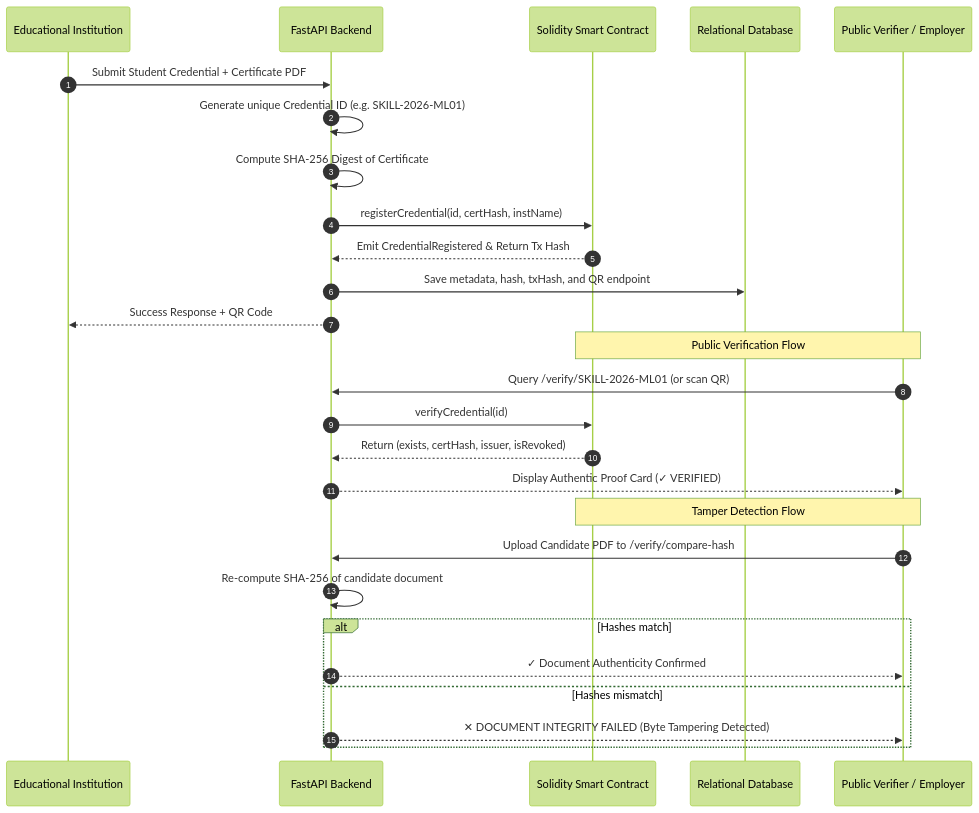
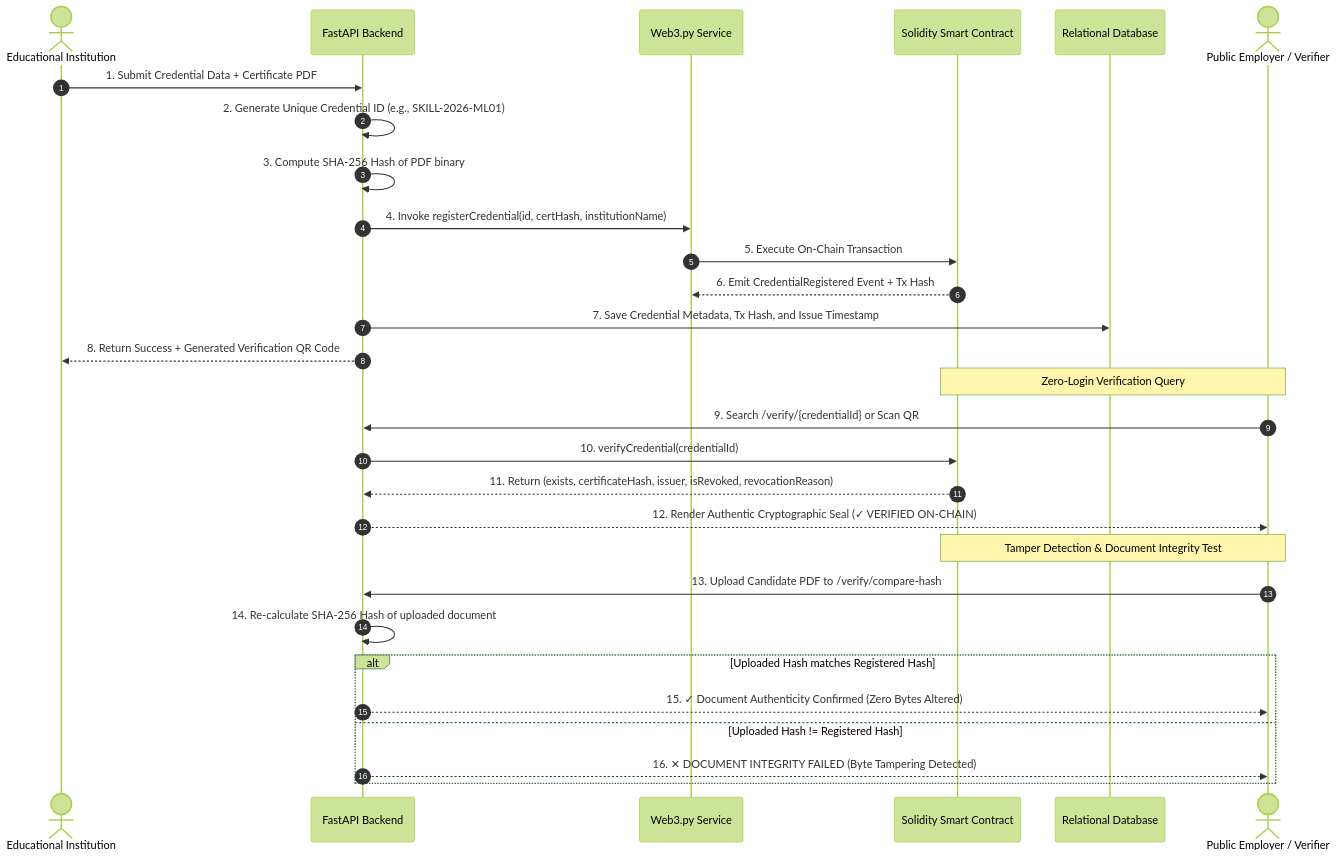
The second of 3 diagrams in README.md (adityasing9/SKILLCHAIN), drawn with Mermaid (forest theme) before and after one commit. The commit also changed other lines of this file, not shown here.

````diff
--- a/README.md
+++ b/README.md
@@ -50,32 +141,37 @@
 ```mermaid
 sequenceDiagram
     autonumber
-    participant Inst as Educational Institution
+    actor Issuer as Educational Institution
     participant API as FastAPI Backend
-    participant BC as Solidity Smart Contract
+    participant Web3 as Web3.py Service
+    participant Contract as Solidity Smart Contract
     participant DB as Relational Database
-    participant Ver as Public Verifier / Employer
+    actor Verifier as Public Employer / Verifier
 
-    Inst->>API: Submit Student Credential + Certificate PDF
-    API->>API: Generate unique Credential ID (e.g. SKILL-2026-ML01)
-    API->>API: Compute SHA-256 Digest of Certificate
-    API->>BC: registerCredential(id, certHash, instName)
-    BC-->>API: Emit CredentialRegistered & Return Tx Hash
-    API->>DB: Save metadata, hash, txHash, and QR endpoint
-    API-->>Inst: Success Response + QR Code
+    %% Issuance Flow
+    Issuer->>API: 1. Submit Credential Data + Certificate PDF
+    API->>API: 2. Generate Unique Credential ID (e.g., SKILL-2026-ML01)
+    API->>API: 3. Compute SHA-256 Hash of PDF binary
+    API->>Web3: 4. Invoke registerCredential(id, certHash, institutionName)
+    Web3->>Contract: 5. Execute On-Chain Transaction
+    Contract-->>Web3: 6. Emit CredentialRegistered Event + Tx Hash
+    API->>DB: 7. Save Credential Metadata, Tx Hash, and Issue Timestamp
+    API-->>Issuer: 8. Return Success + Generated Verification QR Code
 
-    Note over Ver,BC: Public Verification Flow
-    Ver->>API: Query /verify/SKILL-2026-ML01 (or scan QR)
-    API->>BC: verifyCredential(id)
-    BC-->>API: Return (exists, certHash, issuer, isRevoked)
-    API-->>Ver: Display Authentic Proof Card (✓ VERIFIED)
+    %% Public Query Flow
+    Note over Verifier,Contract: Zero-Login Verification Query
+    Verifier->>API: 9. Search /verify/{credentialId} or Scan QR
+    API->>Contract: 10. verifyCredential(credentialId)
+    Contract-->>API: 11. Return (exists, certificateHash, issuer, isRevoked, revocationReason)
+    API-->>Verifier: 12. Render Authentic Cryptographic Seal (✓ VERIFIED ON-CHAIN)
 
-    Note over Ver,BC: Tamper Detection Flow
-    Ver->>API: Upload Candidate PDF to /verify/compare-hash
-    API->>API: Re-compute SHA-256 of candidate document
-    alt Hashes match
-        API-->>Ver: ✓ Document Authenticity Confirmed
-    else Hashes mismatch
-        API-->>Ver: ✕ DOCUMENT INTEGRITY FAILED (Byte Tampering Detected)
+    %% Tamper Detection Flow
+    Note over Verifier,Contract: Tamper Detection & Document Integrity Test
+    Verifier->>API: 13. Upload Candidate PDF to /verify/compare-hash
+    API->>API: 14. Re-calculate SHA-256 Hash of uploaded document
+    alt Uploaded Hash matches Registered Hash
+        API-->>Verifier: 15. ✓ Document Authenticity Confirmed (Zero Bytes Altered)
+    else Uploaded Hash != Registered Hash
+        API-->>Verifier: 16. ✕ DOCUMENT INTEGRITY FAILED (Byte Tampering Detected)
     end
 ```
````
